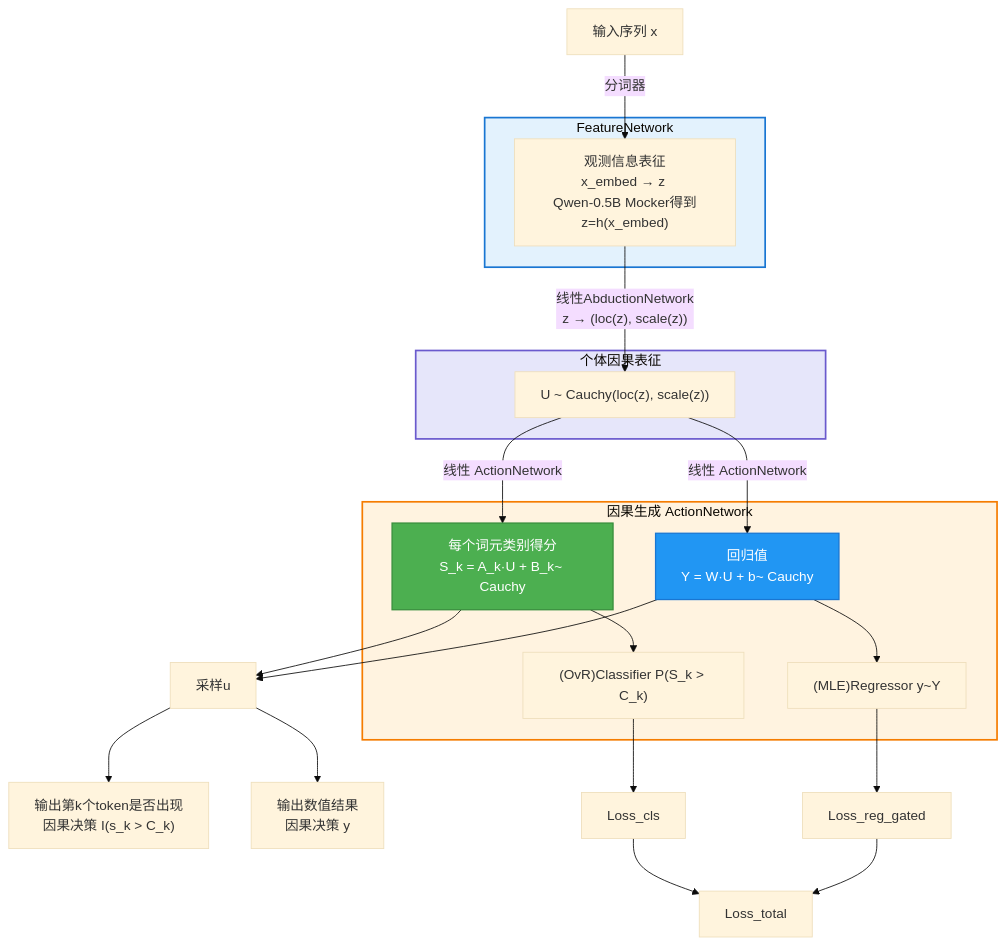
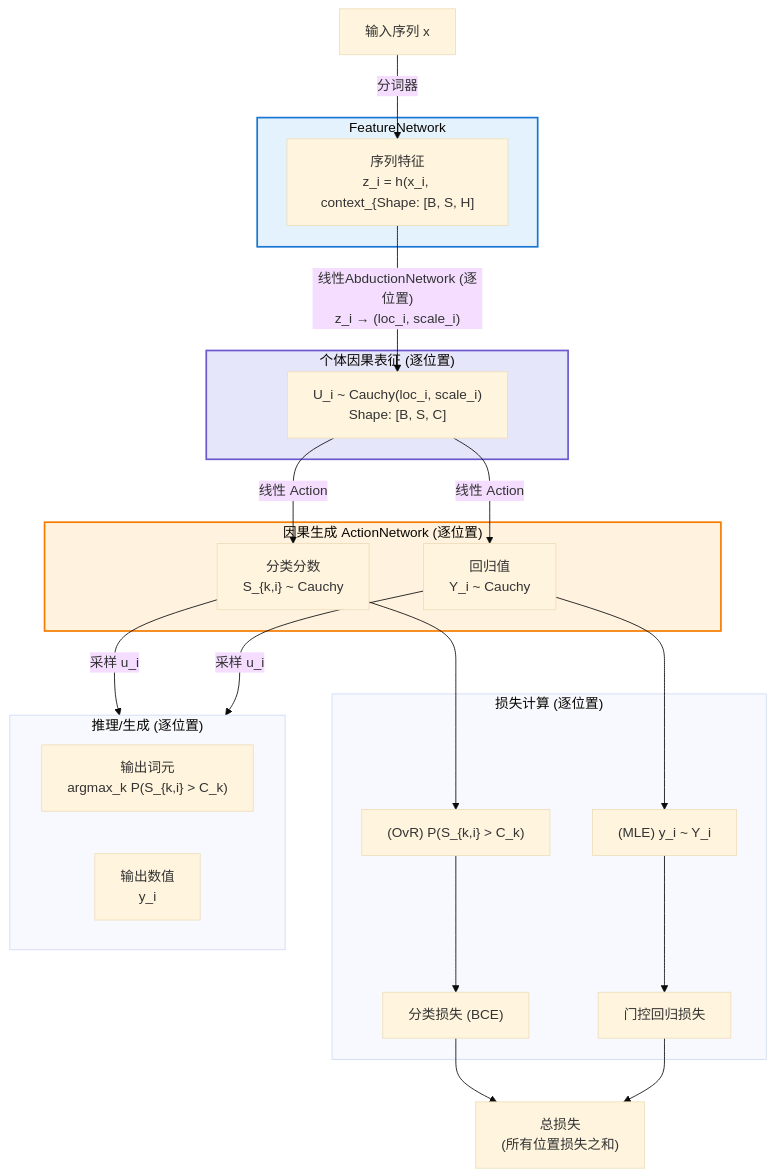
Before and after one commit to 1587causalai/CausalQwen: the diagram in design-docs/math/mathematical_foundations.md, drawn with Mermaid (base theme). The commit also changed other lines of this file and 11 other files, not shown here.

````diff
--- a/design-docs/math/mathematical_foundations.md
+++ b/design-docs/math/mathematical_foundations.md
@@ -611,34 +616,39 @@
 ```mermaid
 graph TD
     input_x["输入序列 x"] --"分词器"--> feature_z
     
-    subgraph FN [" FeatureNetwork"]
-        feature_z["观测信息表征<br/>x_embed → z <br/>Qwen-0.5B Mocker得到z=h(x_embed)"]
+    subgraph FN ["FeatureNetwork"]
+        feature_z["序列特征<br/>z_i = h(x_i, context_{<i})<br/>Shape: [B, S, H]"]
     end
     
-    feature_z -- "线性AbductionNetwork<br/>z → (loc(z), scale(z))" --> causal_U
+    feature_z -- "线性AbductionNetwork (逐位置)<br/>z_i → (loc_i, scale_i)" --> causal_U
     
-    subgraph ABN ["个体因果表征"]
-        causal_U["U ~ Cauchy(loc(z), scale(z))"]
+    subgraph ABN ["个体因果表征 (逐位置)"]
+        causal_U["U_i ~ Cauchy(loc_i, scale_i)<br/>Shape: [B, S, C]"]
     end
     
-    subgraph ACN ["因果生成 ActionNetwork"]
-        causal_U -- "线性 ActionNetwork" --> classification_action["每个词元类别得分<br/>S_k = A_k·U + B_k~ Cauchy"]
-        causal_U -- "线性 ActionNetwork" --> regression_action["回归值<br/>Y = W·U + b~ Cauchy"]
-        classification_action --> ovr_prediction["(OvR)Classifier P(S_k > C_k)"]
-        regression_action --> regression_prediction["(MLE)Regressor y~Y"]       
-
+    subgraph ACN ["因果生成 ActionNetwork (逐位置)"]
+        causal_U -- "线性 Action" --> classification_action["分类分数<br/>S_{k,i} ~ Cauchy"]
+        causal_U -- "线性 Action" --> regression_action["回归值<br/>Y_i ~ Cauchy"]
     end
     
-    classification_action --> 采样u--> probability_output["输出第k个token是否出现 <br/> 因果决策 I(s_k > C_k)"]
-    regression_action --> 采样u --> numerical_output["输出数值结果 <br/> 因果决策 y"]
-    ovr_prediction --> Loss_cls --> Loss_total
-    regression_prediction --> Loss_reg_gated--> Loss_total
+    subgraph "损失计算 (逐位置)"
+        classification_action --> ovr_prediction["(OvR) P(S_{k,i} > C_k)"]
+        regression_action --> regression_prediction["(MLE) y_i ~ Y_i"]
+        ovr_prediction --> Loss_cls["分类损失 (BCE)"]
+        regression_prediction --> Loss_reg_gated["门控回归损失"]
+    end
+    
+    Loss_cls --> Loss_total["总损失<br/>(所有位置损失之和)"]
+    Loss_reg_gated --> Loss_total
 
+    subgraph "推理/生成 (逐位置)"
+        direction LR
+        classification_action --"采样 u_i"--> probability_output["输出词元<br/>argmax_k P(S_{k,i} > C_k)"]
+        regression_action --"采样 u_i"--> numerical_output["输出数值<br/>y_i"]
+    end
     
     style FN fill:#e3f2fd,stroke:#1976d2,stroke-width:2px
     style ABN fill:#e6e6fa,stroke:#6a5acd,stroke-width:2px
     style ACN fill:#fff3e0,stroke:#f57c00,stroke-width:2px
-    style classification_action fill:#4caf50,color:#fff,stroke:#388e3c,stroke-width:1.5px
-    style regression_action fill:#2196f3,color:#fff,stroke:#1976d2,stroke-width:1.5px
 ```
````
